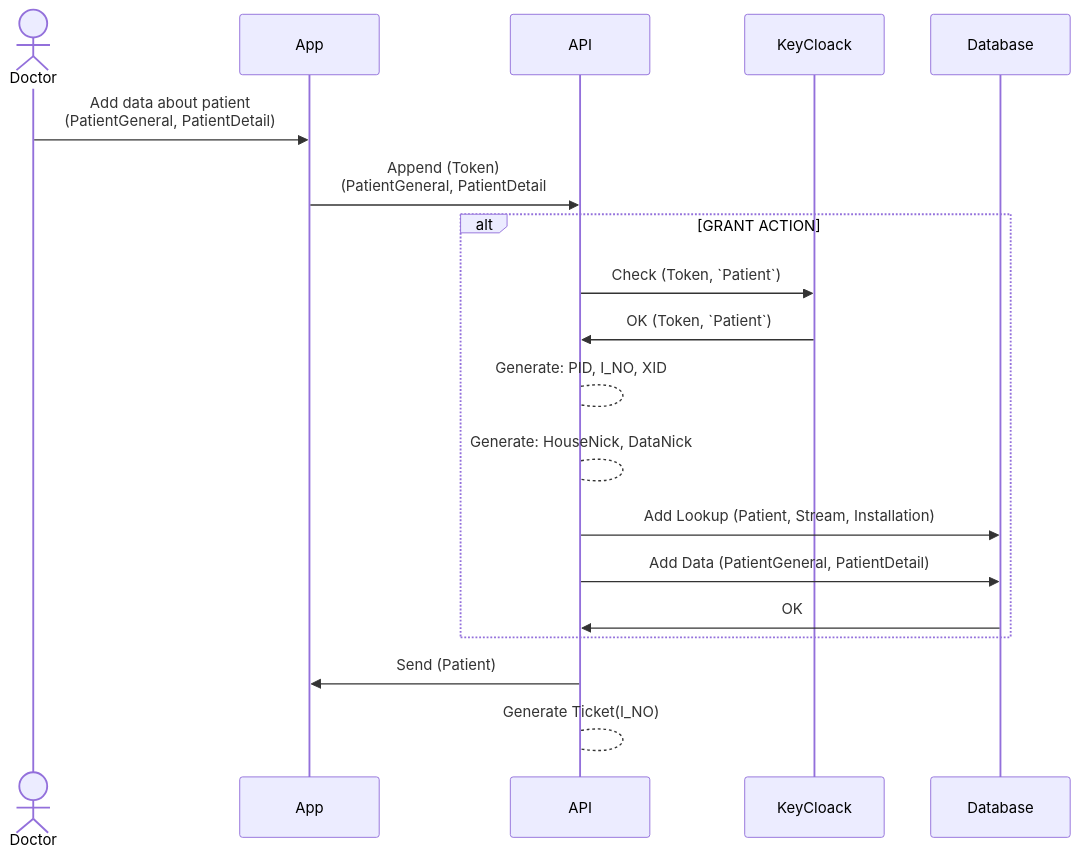
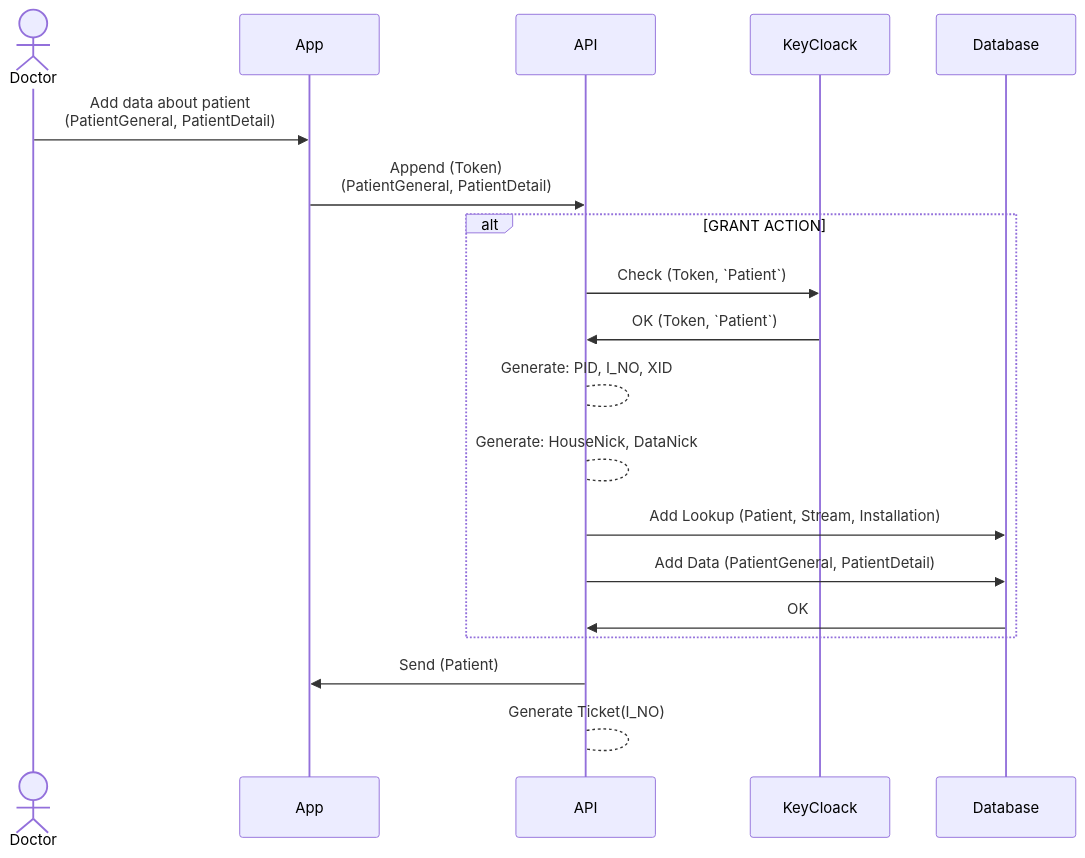
Before and after one commit to maffinyep/seranade-docs: the third of 5 diagrams in flow/readme.md, drawn with Mermaid. The commit also changed other lines of this file and 4 other files, not shown here.

````diff
--- a/flow/readme.md
+++ b/flow/readme.md
@@ -42,17 +42,17 @@
 ```mermaid
 sequenceDiagram
     actor Doctor
     Doctor->>App: Add data about patient <br> (PatientGeneral, PatientDetail)
-        App->> API: Append (Token) <br> (PatientGeneral, PatientDetail
+        App->> API: Append (Token) <br> (PatientGeneral, PatientDetail)
     alt GRANT ACTION
         API->>KeyCloack: Check (Token, `Patient`)
         KeyCloack->>API: OK (Token, `Patient`)
         API-->API: Generate: PID, I_NO, XID
         API-->API: Generate: HouseNick, DataNick
         API->>Database: Add Lookup (Patient, Stream, Installation)
         API->>Database: Add Data (PatientGeneral, PatientDetail)
         Database->>API: OK
     end
     API->>App: Send (Patient)
     API-->API: Generate Ticket(I_NO)
 ```
````
